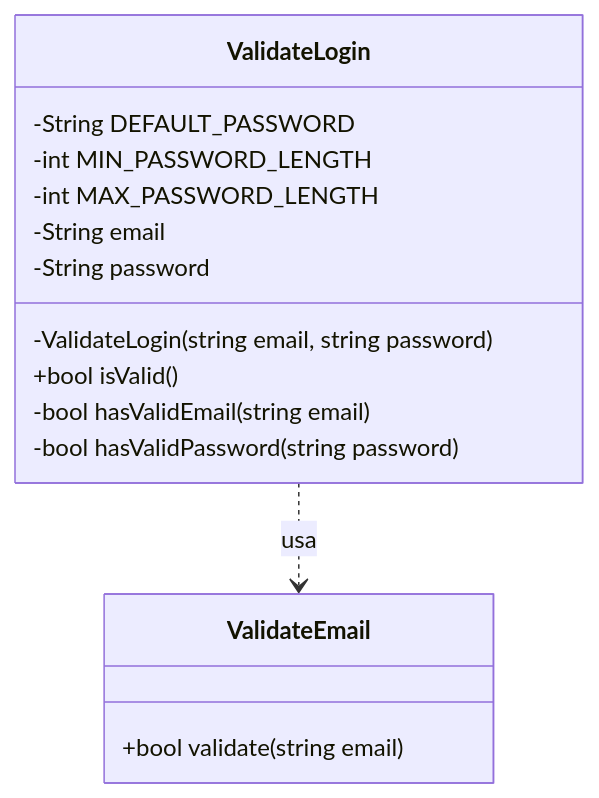
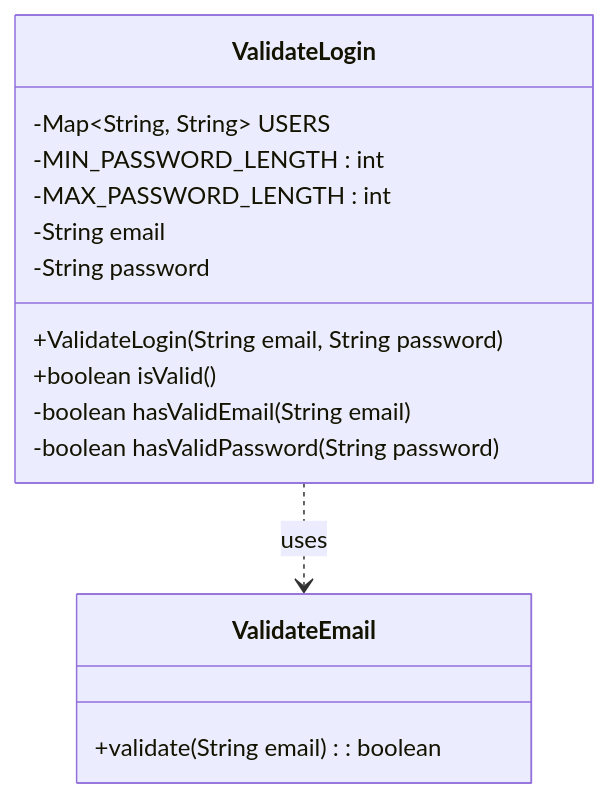
One commit to RenatoGarciaLopes/JavaIradoNoTxt changed the diagram in ValidateLogin/validate-login-class.uml.mermaid. Above: the diagram before and after it, drawn with Mermaid. The commit also changed 13 other files, not shown here.

Commit message:
refactor: update UML diagrams and method signatures for ClientRegistration and ClientReport to enhance clarity and consistency

```diff
--- a/ValidateLogin/validate-login-class.uml.mermaid
+++ b/ValidateLogin/validate-login-class.uml.mermaid
@@ -1,18 +1,18 @@
 classDiagram
     class ValidateLogin {
-        -String DEFAULT_PASSWORD
-        -int MIN_PASSWORD_LENGTH
-        -int MAX_PASSWORD_LENGTH
+        -Map~String, String~ USERS
+        -MIN_PASSWORD_LENGTH : int
+        -MAX_PASSWORD_LENGTH : int
         -String email
         -String password
-        -ValidateLogin(string email, string password)
-        +bool isValid()
-        -bool hasValidEmail(string email)
-        -bool hasValidPassword(string password)
+        +ValidateLogin(String email, String password)
+        +boolean isValid()
+        -boolean hasValidEmail(String email)
+        -boolean hasValidPassword(String password)
     }
 
     class ValidateEmail {
-        +bool validate(string email)
+        +validate(String email) : boolean
     }
 
-    ValidateLogin ..> ValidateEmail : usa
+    ValidateLogin ..> ValidateEmail : uses
```
